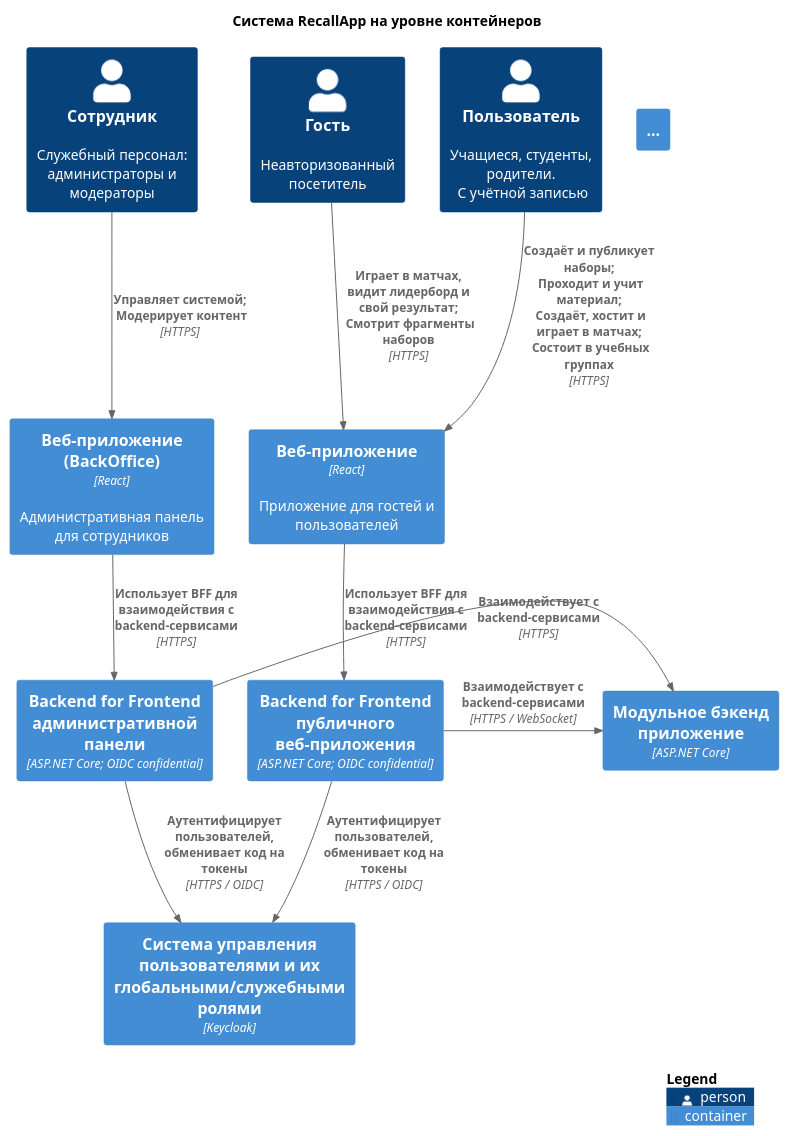
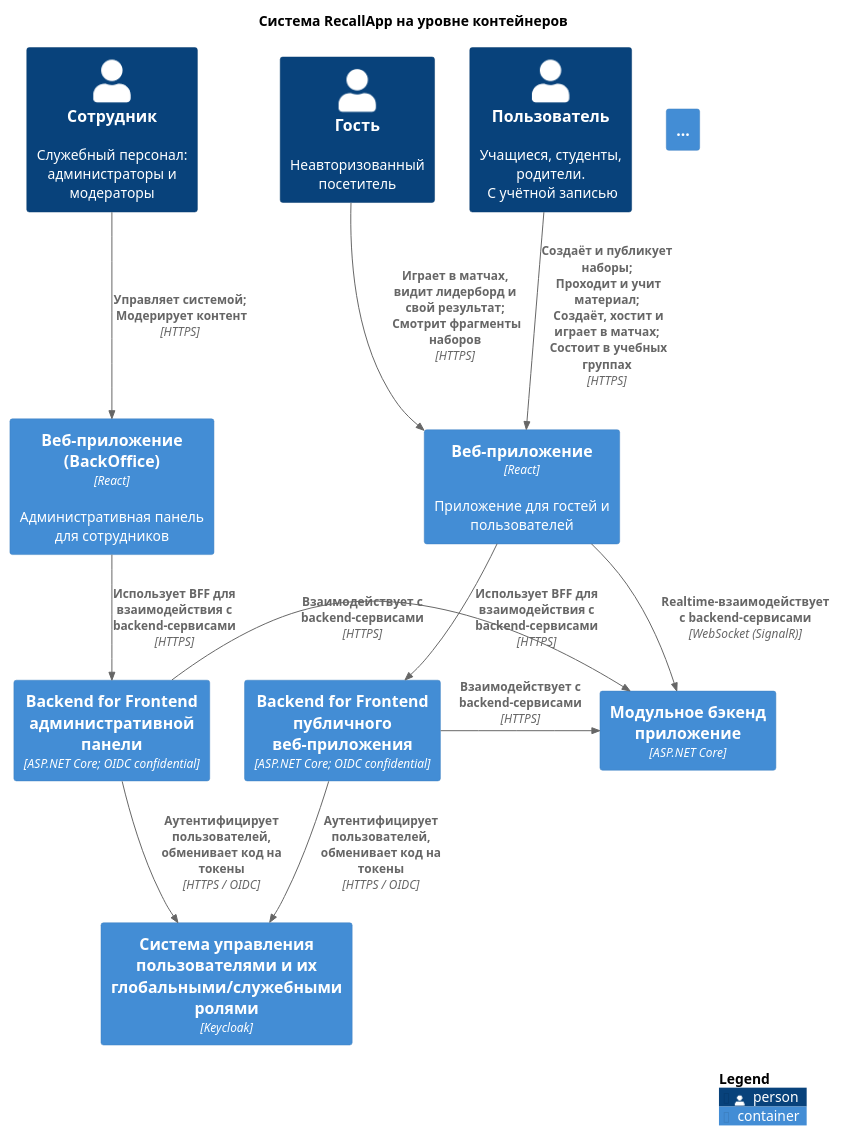
One commit to itacademy-edms-team/24_3_DNDE changed the diagram in RecallApp/docs/diagrams/с4 - containers.puml. Above: the diagram before and after it, drawn with PlantUML.

Commit message:
docs: actualize container diagram

```diff
--- a/RecallApp/docs/diagrams/с4 - containers.puml
+++ b/RecallApp/docs/diagrams/с4 - containers.puml
@@ -1,34 +1,35 @@
 @startuml C4 - Containers - RecallApp
 title Система RecallApp на уровне контейнеров
 top to bottom direction
 
 !include <C4/C4_Container>
 
 Person(personGuest, "Гость", "Неавторизованный посетитель")
 Person(personUser, "Пользователь", "Учащиеся, студенты, родители. \n С учётной записью")
 Person(personStaff, "Сотрудник", "Служебный персонал: администраторы и модераторы")
 
 Container(spa, "Веб-приложение", "React", "Приложение для гостей и пользователей")
 Container(spaBackOffice, "Веб-приложение (BackOffice)", "React", "Административная панель для сотрудников")
 Container(webBff, "Backend for Frontend публичного веб-приложения", "ASP.NET Core; OIDC confidential")
 Container(webBackOfficeBff, "Backend for Frontend административной панели", "ASP.NET Core; OIDC confidential")
 Container(iam, "Система управления пользователями и их глобальными/служебными ролями", "Keycloak")
 Container(modularMonolithApp, "Модульное бэкенд приложение", "ASP.NET Core")
 Container(tbd, "...")
 
 Rel(personGuest, spa, "Играет в матчах, видит лидерборд и свой результат; \n Смотрит фрагменты наборов", "HTTPS")
 Rel(personUser, spa, "Создаёт и публикует наборы; \n Проходит и учит материал; \n Создаёт, хостит и играет в матчах; \n Состоит в учебных группах", "HTTPS")
 Rel(personStaff, spaBackOffice, "Управляет системой; \n Модерирует контент", "HTTPS")
 
 Rel(spa, webBff, "Использует BFF для взаимодействия с backend-сервисами", "HTTPS")
 Rel(spaBackOffice, webBackOfficeBff, "Использует BFF для взаимодействия с backend-сервисами", "HTTPS")
 
 Rel(webBff, iam, "Аутентифицирует пользователей, обменивает код на токены", "HTTPS / OIDC")
 Rel(webBackOfficeBff, iam, "Аутентифицирует пользователей, обменивает код на токены", "HTTPS / OIDC")
 
-Rel_R(webBff, modularMonolithApp, "Взаимодействует с backend-сервисами", "HTTPS / WebSocket")
+Rel_R(spa, modularMonolithApp, "Realtime-взаимодействует с backend-сервисами", "WebSocket (SignalR)")
+Rel_R(webBff, modularMonolithApp, "Взаимодействует с backend-сервисами", "HTTPS")
 Rel_R(webBackOfficeBff, modularMonolithApp, "Взаимодействует с backend-сервисами", "HTTPS")
 
 SHOW_LEGEND()
 
 @enduml
```
